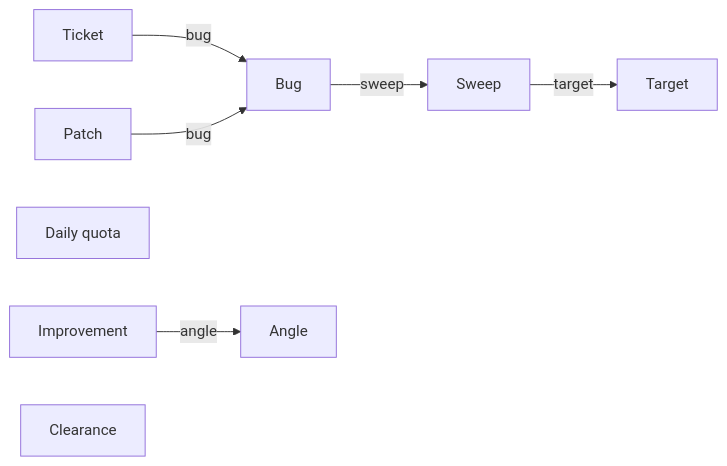
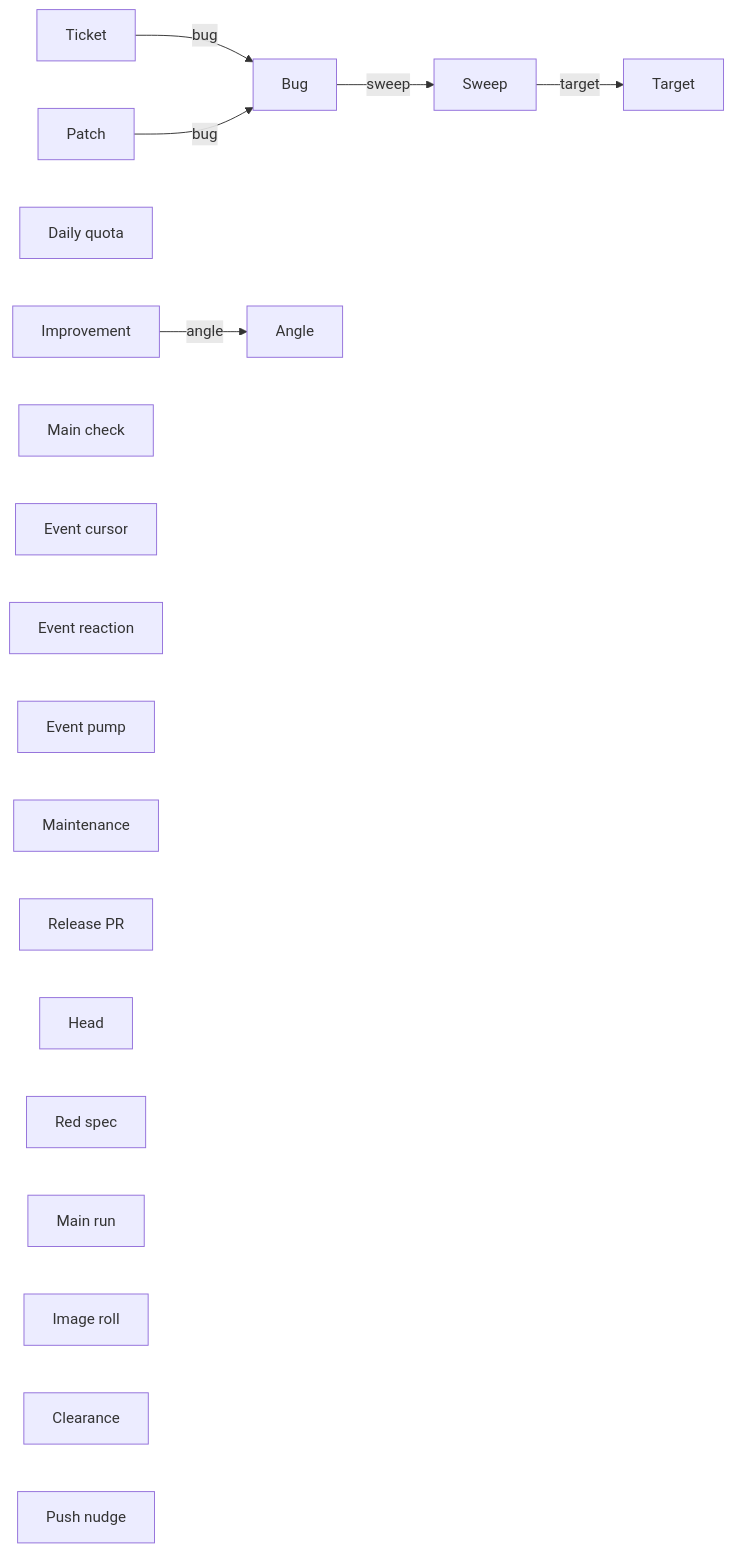
The first of 18 diagrams in qa/glossary/glossary.md (heckslabs/hecks), drawn with Mermaid before and after one commit. The commit also changed other lines of this file and 1 other file, not shown here.

````diff
--- a/qa/glossary/glossary.md
+++ b/qa/glossary/glossary.md
@@ -7,17 +7,28 @@
 ```mermaid
 flowchart LR
     n_target["Target"]
     n_sweep["Sweep"]
     n_bug["Bug"]
     n_angle["Angle"]
     n_ticket["Ticket"]
     n_patch["Patch"]
     n_daily_quota["Daily quota"]
     n_improvement["Improvement"]
+    n_main_check["Main check"]
+    n_event_cursor["Event cursor"]
+    n_event_reaction["Event reaction"]
+    n_event_pump["Event pump"]
+    n_maintenance["Maintenance"]
+    n_release_pr["Release PR"]
+    n_head["Head"]
+    n_red_spec["Red spec"]
+    n_main_run["Main run"]
+    n_image_roll["Image roll"]
     n_clearance["Clearance"]
+    n_push_nudge["Push nudge"]
     n_sweep -->|"target"| n_target
     n_bug -->|"sweep"| n_sweep
     n_ticket -->|"bug"| n_bug
     n_patch -->|"bug"| n_bug
     n_improvement -->|"angle"| n_angle
 ```
````
